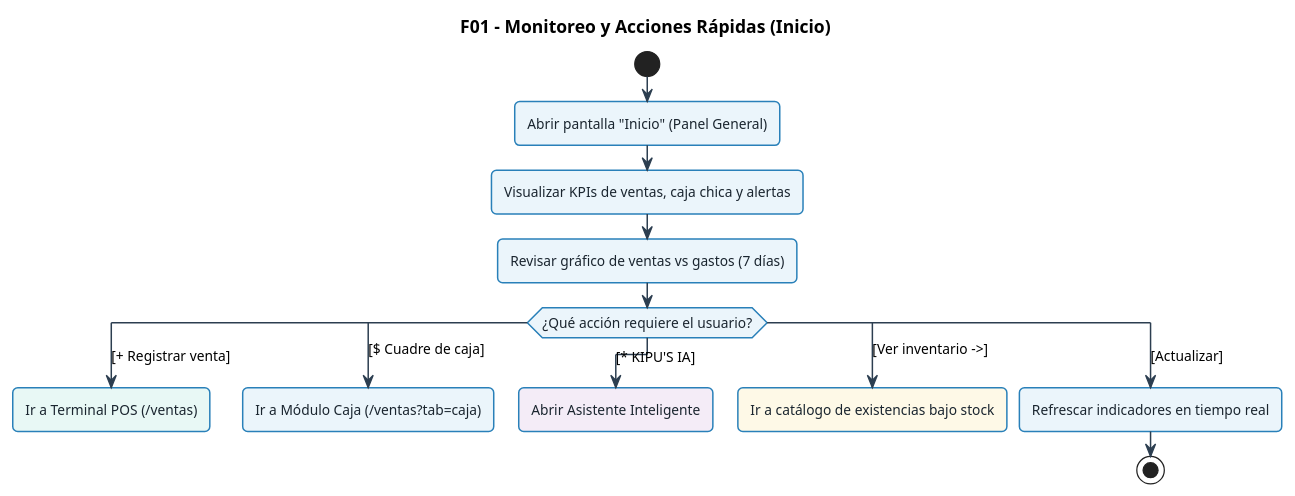
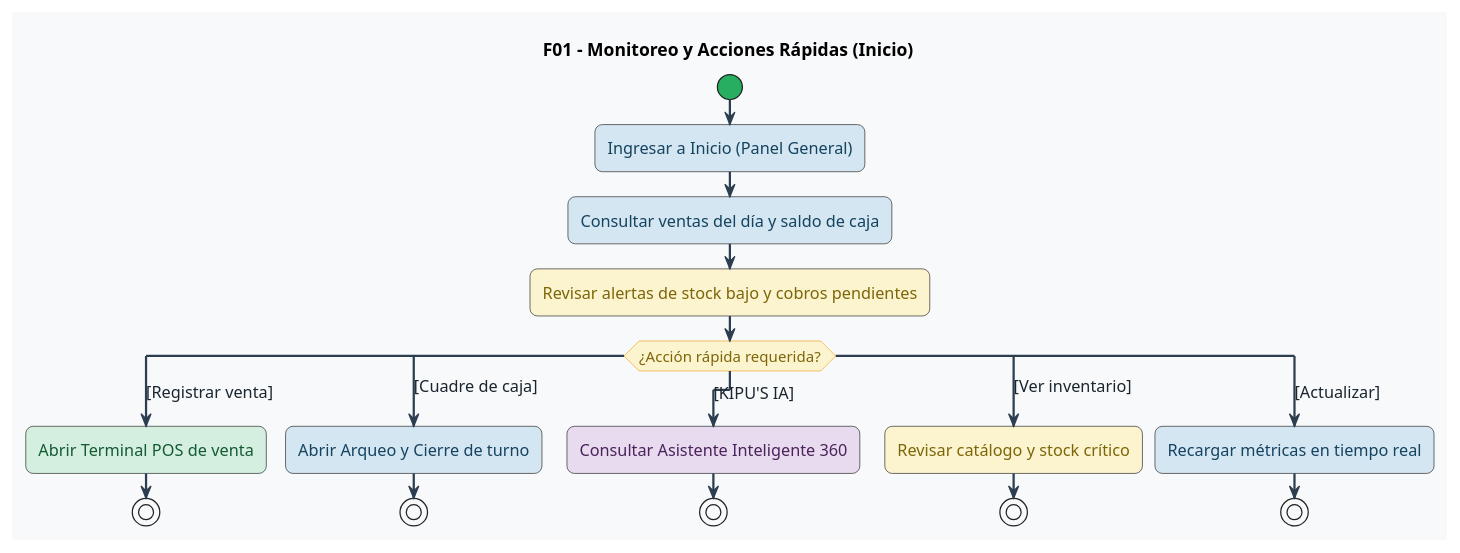
Before and after one commit to xmenil/ERP-KIPUS: the first of 11 diagrams in docs/UML-flujos/flujos-consolidados-kipu.md, drawn with PlantUML. The commit also changed other lines of this file and 23 other files, not shown here.

Commit message:
docs: actualizar diagramas PlantUML estilo Bizagi BPMN y corregir advertencias de sintaxis

````diff
--- a/docs/UML-flujos/flujos-consolidados-kipu.md
+++ b/docs/UML-flujos/flujos-consolidados-kipu.md
@@ -45,54 +43,77 @@
 ```plantuml
 @startuml
+<style>
+activityDiagram {
+  BackgroundColor #F8F9FA
+  BorderColor #2C3E50
+  FontColor #1A252F
+  FontSize 13
+  FontName "Segoe UI", Arial, sans-serif
+  RoundCorner 12
+  Padding 10
+  Margin 8
+
+  .verde {
+    BackgroundColor #D4EFDF
+    BorderColor #27AE60
+    FontColor #145A32
+  }
+  .amarillo {
+    BackgroundColor #FCF3CF
+    BorderColor #F39C12
+    FontColor #7D6608
+  }
+  .azul {
+    BackgroundColor #D4E6F1
+    BorderColor #2980B9
+    FontColor #154360
+  }
+  .morado {
+    BackgroundColor #E8DAEF
+    BorderColor #8E44AD
+    FontColor #4A235A
+  }
+  .rojo {
+    BackgroundColor #FADBD8
+    BorderColor #C0392B
+    FontColor #78281F
+  }
+}
+</style>
+
 skinparam defaultFontName "Segoe UI", Arial, sans-serif
-skinparam defaultFontSize 11
-skinparam roundCorner 8
-skinparam shadowing false
 skinparam ArrowColor #2C3E50
-skinparam ArrowThickness 1.2
-
-skinparam activity {
-  BackgroundColor #EBF5FB
-  BorderColor #2980B9
-  BorderThickness 1.2
-  FontColor #1A252F
-}
-skinparam decision {
-  BackgroundColor #FEF9E7
-  BorderColor #F39C12
-  BorderThickness 1.2
-  FontColor #7D6608
-}
-skinparam start {
-  Color #27AE60
-}
-skinparam stop {
-  Color #C0392B
-}
+skinparam ArrowThickness 1.8
+skinparam activityStartColor #27AE60
+skinparam activityEndColor #C0392B
+skinparam activityDiamondBackgroundColor #FCF3CF
+skinparam activityDiamondBorderColor #F39C12
+skinparam activityDiamondFontColor #7D6608
+skinparam activityDiamondFontSize 12
 
 title F01 - Monitoreo y Acciones Rápidas (Inicio)
 
 start
-:Abrir pantalla "Inicio" (Panel General);
-:Visualizar KPIs de ventas, caja chica y alertas;
-:Revisar gráfico de ventas vs gastos (7 días);
+:Ingresar a Inicio (Panel General); <<azul>>
+:Consultar ventas del día y saldo de caja; <<azul>>
+:Revisar alertas de stock bajo y cobros pendientes; <<amarillo>>
 
-switch (¿Qué acción requiere el usuario?)
-case ([+ Registrar venta])
-  #E8F8F5:Ir a Terminal POS (/ventas);
-  detach
-case ([$ Cuadre de caja])
-  #EBF5FB:Ir a Módulo Caja (/ventas?tab=caja);
-  detach
-case ([* KIPU'S IA])
-  #F4ECF7:Abrir Asistente Inteligente;
-  detach
-case ([Ver inventario ->])
-  #FEF9E7:Ir a catálogo de existencias bajo stock;
-  detach
+switch (¿Acción rápida requerida?)
+case ([Registrar venta])
+  :Abrir Terminal POS de venta; <<verde>>
+  stop
+case ([Cuadre de caja])
+  :Abrir Arqueo y Cierre de turno; <<azul>>
+  stop
+case ([KIPU'S IA])
+  :Consultar Asistente Inteligente 360; <<morado>>
+  stop
+case ([Ver inventario])
+  :Revisar catálogo y stock crítico; <<amarillo>>
+  stop
 case ([Actualizar])
-  #EBF5FB:Refrescar indicadores en tiempo real;
+  :Recargar métricas en tiempo real; <<azul>>
   stop
 endswitch
 @enduml
 ```
````
